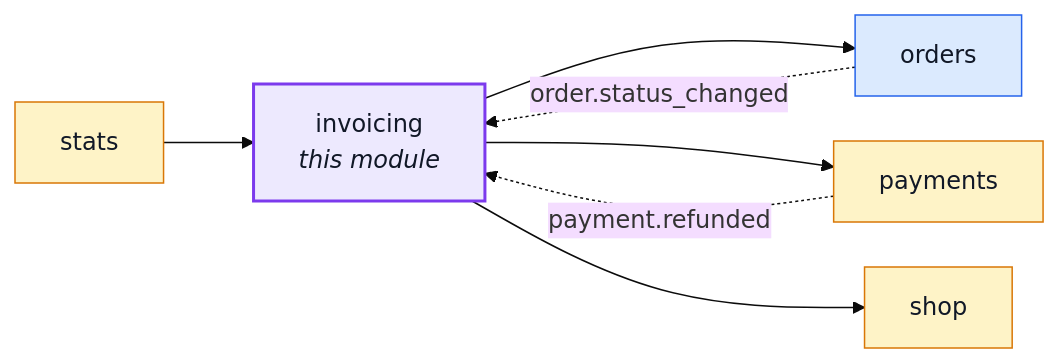
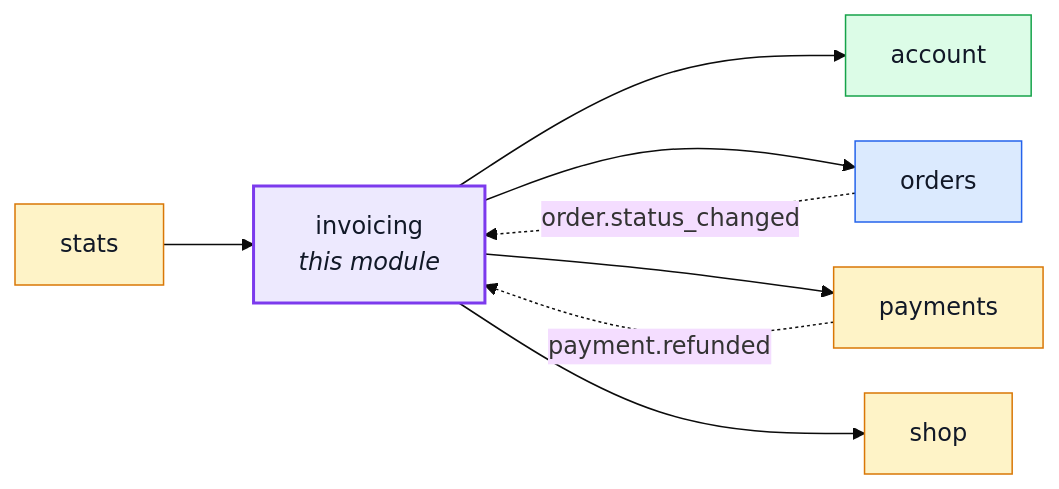
Before and after one commit to Guebbit/boilerplate-node-backend: the first of 4 diagrams in docs/modules/invoicing.md, drawn with Mermaid (base theme). The commit also changed other lines of this file and 41 other files, not shown here.

````diff
--- a/docs/modules/invoicing.md
+++ b/docs/modules/invoicing.md
@@ -18,24 +18,27 @@
 ```mermaid
 %%{init: {'flowchart': {'nodeSpacing': 30, 'rankSpacing': 60}}}%%
 flowchart LR
     invoicing["invoicing<br/><i>this module</i>"]
+    account["account"]
     orders["orders"]
     payments["payments"]
     shop["shop"]
     stats["stats"]
 
     stats --> invoicing
+    invoicing --> account
     invoicing --> orders
     invoicing --> payments
     invoicing --> shop
     orders -. "order.status_changed" .-> invoicing
     payments -. "payment.refunded" .-> invoicing
 
     classDef core fill:#dbeafe,stroke:#2563eb,color:#111827;
     classDef supporting fill:#fef3c7,stroke:#d97706,color:#111827;
     classDef generic fill:#dcfce7,stroke:#16a34a,color:#111827;
     classDef centre fill:#ede9fe,stroke:#7c3aed,stroke-width:2px,color:#111827;
     class orders core;
     class payments,shop,stats supporting;
+    class account generic;
     class invoicing centre;
 ```
````
